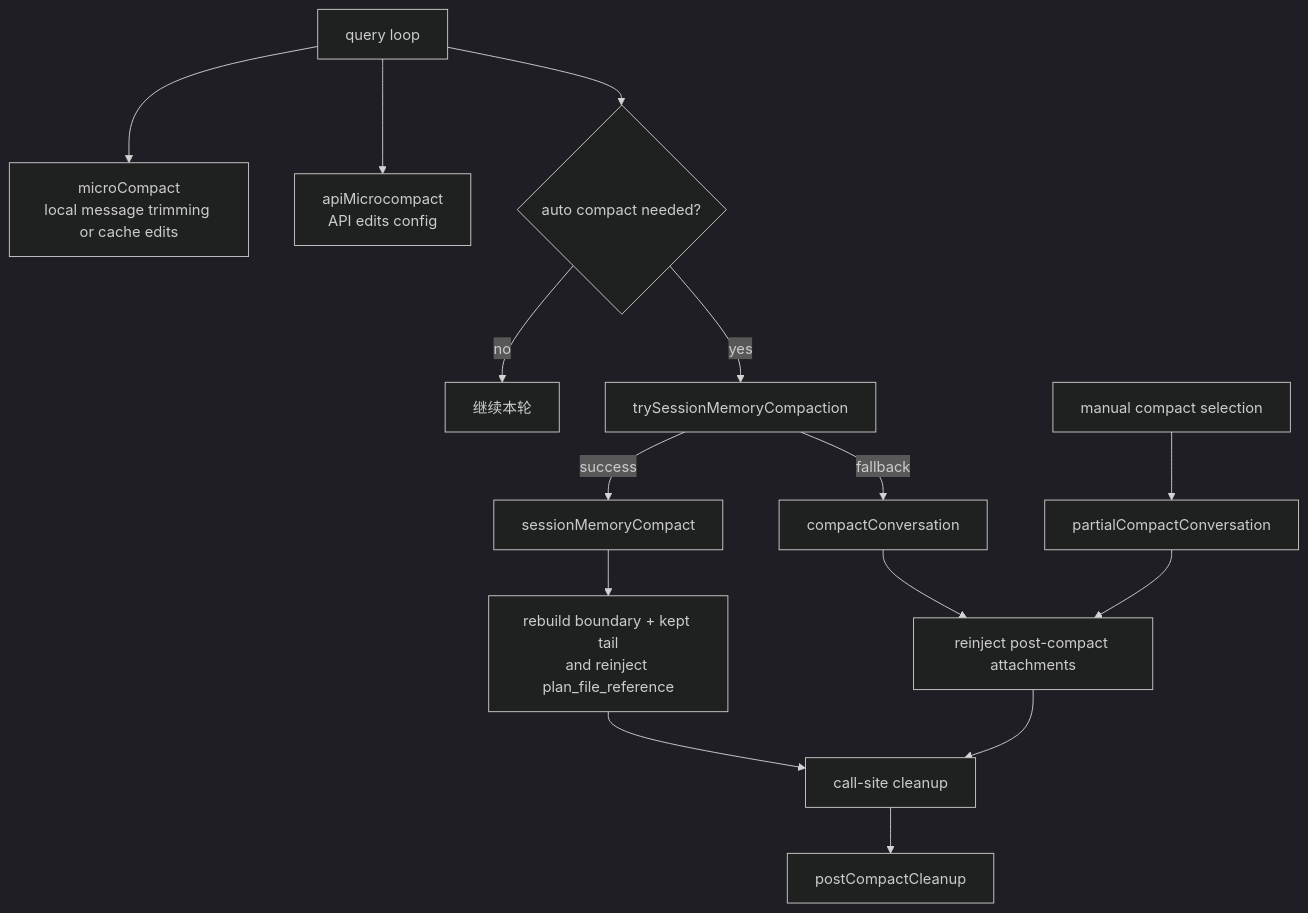
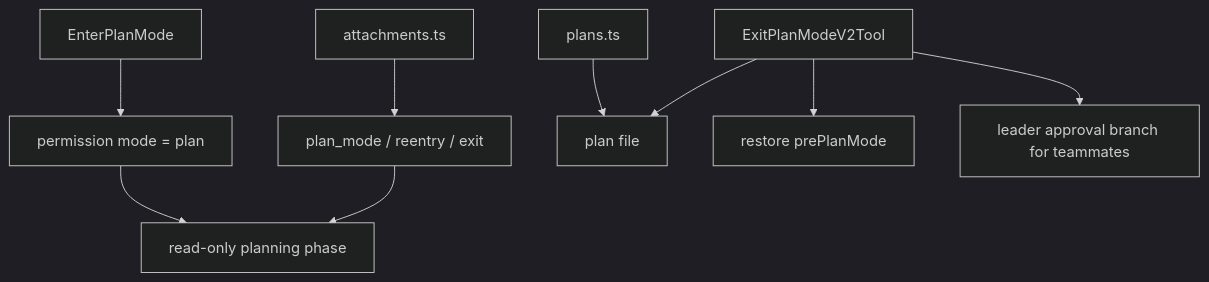
The first of 2 diagrams in MODULES/02-planning-compaction-and-assistant/DEEP/README.md (Boulea7/ClaudeCode-Source-DeepDive), drawn with Mermaid (dark theme) before and after one commit. The commit also changed other lines of this file and 92 other files, not shown here.

````diff
--- a/MODULES/02-planning-compaction-and-assistant/DEEP/README.md
+++ b/MODULES/02-planning-compaction-and-assistant/DEEP/README.md
@@ -279,17 +128,11 @@
 ```mermaid
 flowchart TD
-    A[query loop] --> B[microCompact<br/>local message trimming or cache edits]
-    A --> C[apiMicrocompact<br/>API edits config]
-    A --> D{auto compact needed?}
-    D -- no --> E[继续本轮]
-    D -- yes --> F[trySessionMemoryCompaction]
-    F -- success --> G[sessionMemoryCompact]
-    F -- fallback --> H[compactConversation]
-    I[manual compact selection] --> J[partialCompactConversation]
-    G --> K[rebuild boundary + kept tail<br/>and reinject plan_file_reference]
-    H --> L[reinject post-compact attachments]
-    J --> L
-    M[call-site cleanup] --> N[postCompactCleanup]
-    K --> M
-    L --> M
+    A[EnterPlanMode] --> B[permission mode = plan]
+    B --> C[read-only planning phase]
+    D[attachments.ts] --> E[plan_mode / reentry / exit]
+    E --> C
+    F[plans.ts] --> G[plan file]
+    H[ExitPlanModeV2Tool] --> G
+    H --> I[restore prePlanMode]
+    H --> J[leader approval branch for teammates]
 ```
````
